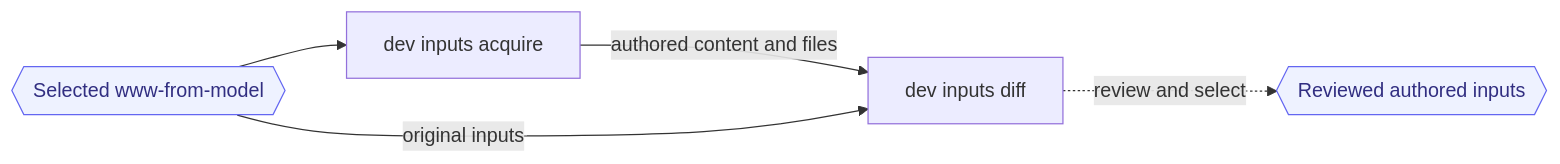
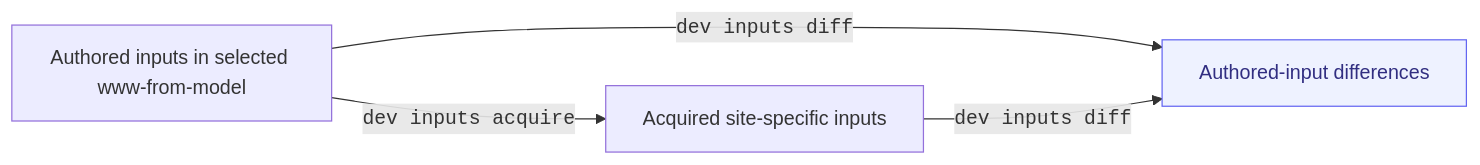
Before and after one commit to ORINOCO-Lite/orinoco-lite-dev: the second of 3 diagrams in docs/agents/staged-upstream-validation.md, drawn with Mermaid. The commit also changed other lines of this file, not shown here.

````diff
--- a/docs/agents/staged-upstream-validation.md
+++ b/docs/agents/staged-upstream-validation.md
@@ -44,8 +50,7 @@
 ```mermaid
 flowchart LR
-  upstream{{"Selected www-from-model"}}:::boundary --> acquire["dev inputs acquire"]
-  acquire -->|authored content and files| compare["dev inputs diff"]
-  upstream -->|original inputs| compare
-  compare -.->|review and select| inputs{{"Reviewed authored inputs"}}:::boundary
-  classDef boundary fill:#eef2ff,stroke:#6366f1,color:#312e81
+  upstream["Authored inputs in selected www-from-model"] -->|"<code>dev inputs acquire</code>"| acquired["Acquired site-specific inputs"]
+  upstream -->|"<code>dev inputs diff</code>"| report["Authored-input differences"]:::report
+  acquired -->|"<code>dev inputs diff</code>"| report
+  classDef report fill:#eef2ff,stroke:#6366f1,color:#312e81
 ```
````
